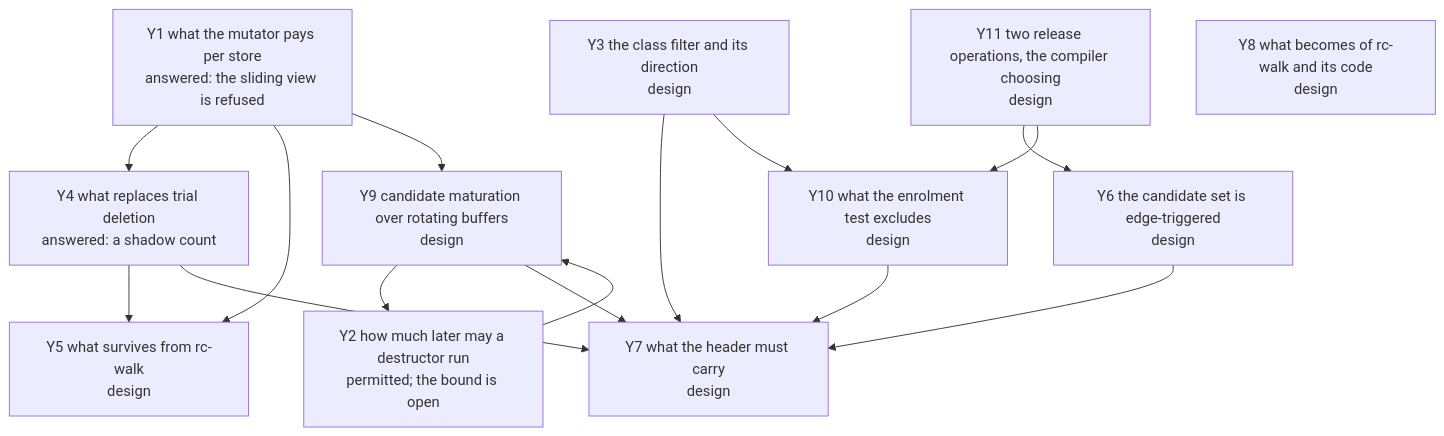
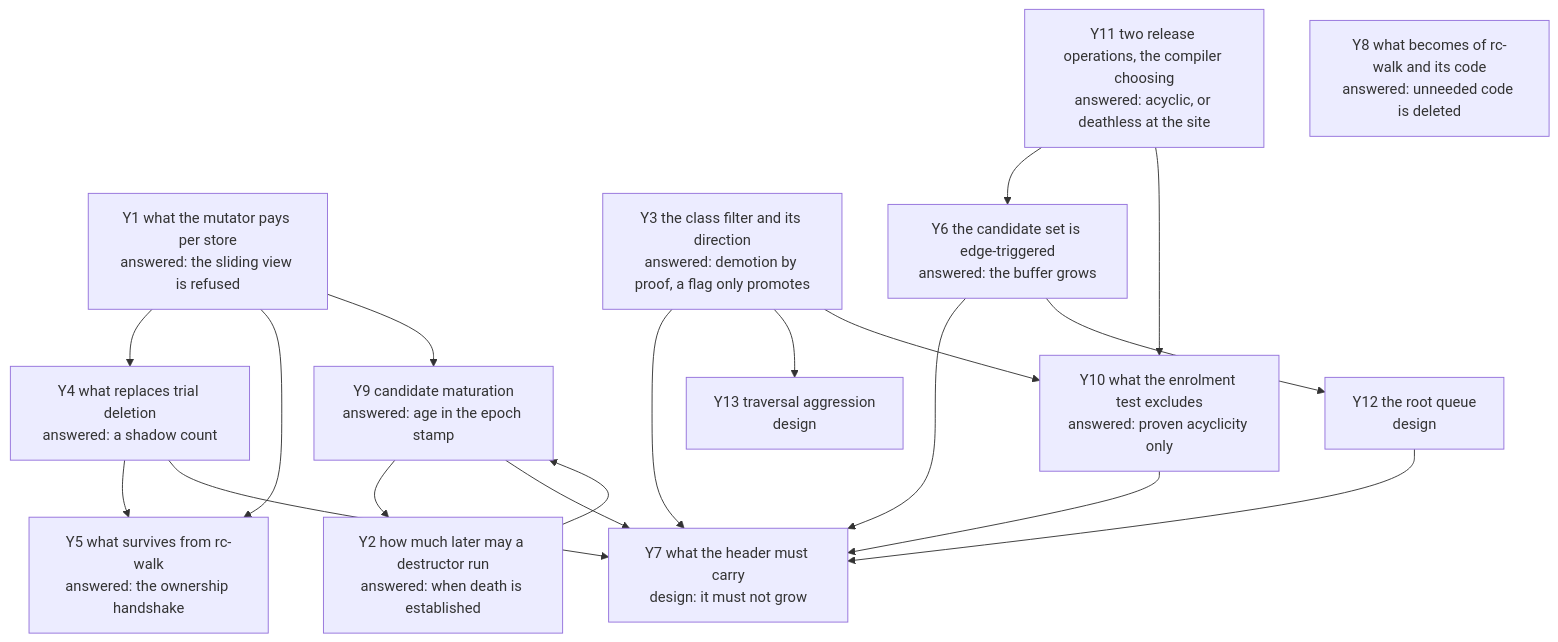
The diagram in model/gc/cycle/questions.md (limelight-lang/rfc), drawn with Mermaid before and after one commit. The commit also changed other lines of this file and 7 other files, not shown here.

Commit message:
model: fold the 2026-08-25 map round into the cycle graph and journals

````diff
--- a/model/gc/cycle/questions.md
+++ b/model/gc/cycle/questions.md
@@ -15,15 +15,17 @@
 ```mermaid
 flowchart TD
     Y1[Y1 what the mutator pays per store<br/>answered: the sliding view is refused] --> Y4 & Y5 & Y9
-    Y2[Y2 how much later may a destructor run<br/>permitted; the bound is open] --> Y9
-    Y3[Y3 the class filter and its direction<br/>design] --> Y7
+    Y2[Y2 how much later may a destructor run<br/>answered: when death is established] --> Y9
+    Y3[Y3 the class filter and its direction<br/>answered: demotion by proof, a flag only promotes] --> Y7 & Y13
     Y4[Y4 what replaces trial deletion<br/>answered: a shadow count] --> Y5 & Y7
-    Y9[Y9 candidate maturation over rotating buffers<br/>design] --> Y2 & Y7
-    Y10[Y10 what the enrolment test excludes<br/>design] --> Y7
-    Y11[Y11 two release operations, the compiler choosing<br/>design] --> Y6 & Y10
+    Y9[Y9 candidate maturation<br/>answered: age in the epoch stamp] --> Y2 & Y7
+    Y10[Y10 what the enrolment test excludes<br/>answered: proven acyclicity only] --> Y7
+    Y11[Y11 two release operations, the compiler choosing<br/>answered: acyclic, or deathless at the site] --> Y6 & Y10
     Y3 --> Y10
-    Y5[Y5 what survives from rc-walk<br/>design]
-    Y6[Y6 the candidate set is edge-triggered<br/>design] --> Y7
-    Y7[Y7 what the header must carry<br/>design]
-    Y8[Y8 what becomes of rc-walk and its code<br/>design]
+    Y5[Y5 what survives from rc-walk<br/>answered: the ownership handshake]
+    Y6[Y6 the candidate set is edge-triggered<br/>answered: the buffer grows] --> Y7 & Y12
+    Y7[Y7 what the header must carry<br/>design: it must not grow]
+    Y8[Y8 what becomes of rc-walk and its code<br/>answered: unneeded code is deleted]
+    Y12[Y12 the root queue<br/>design] --> Y7
+    Y13[Y13 traversal aggression<br/>design]
 ```
````
